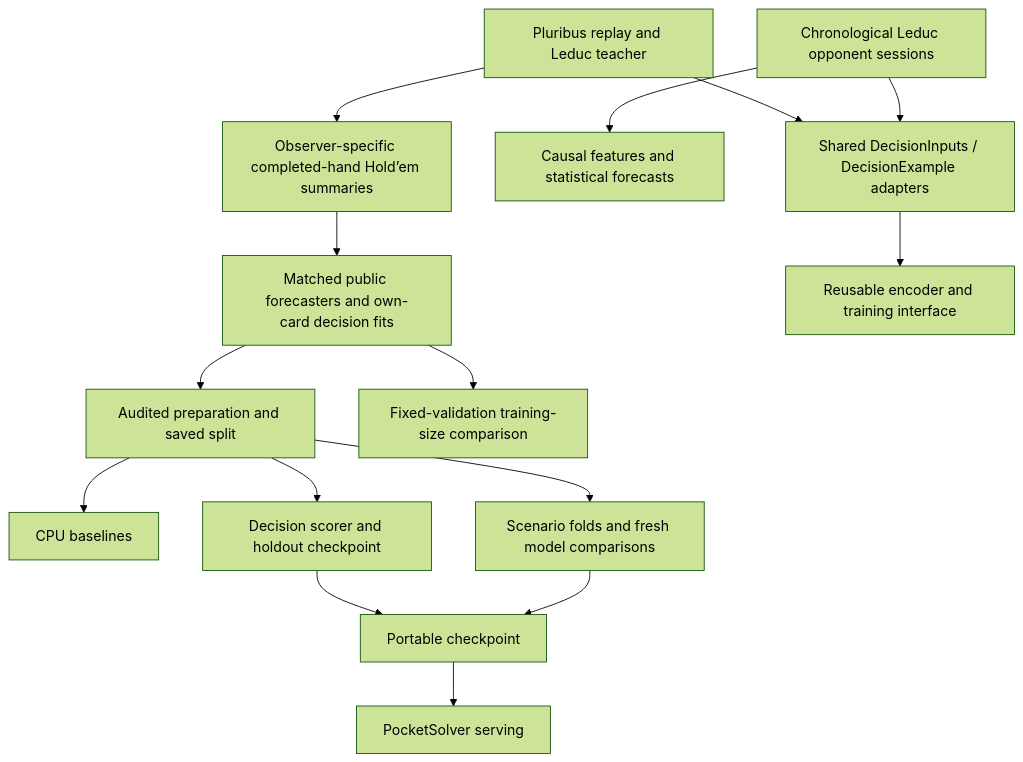
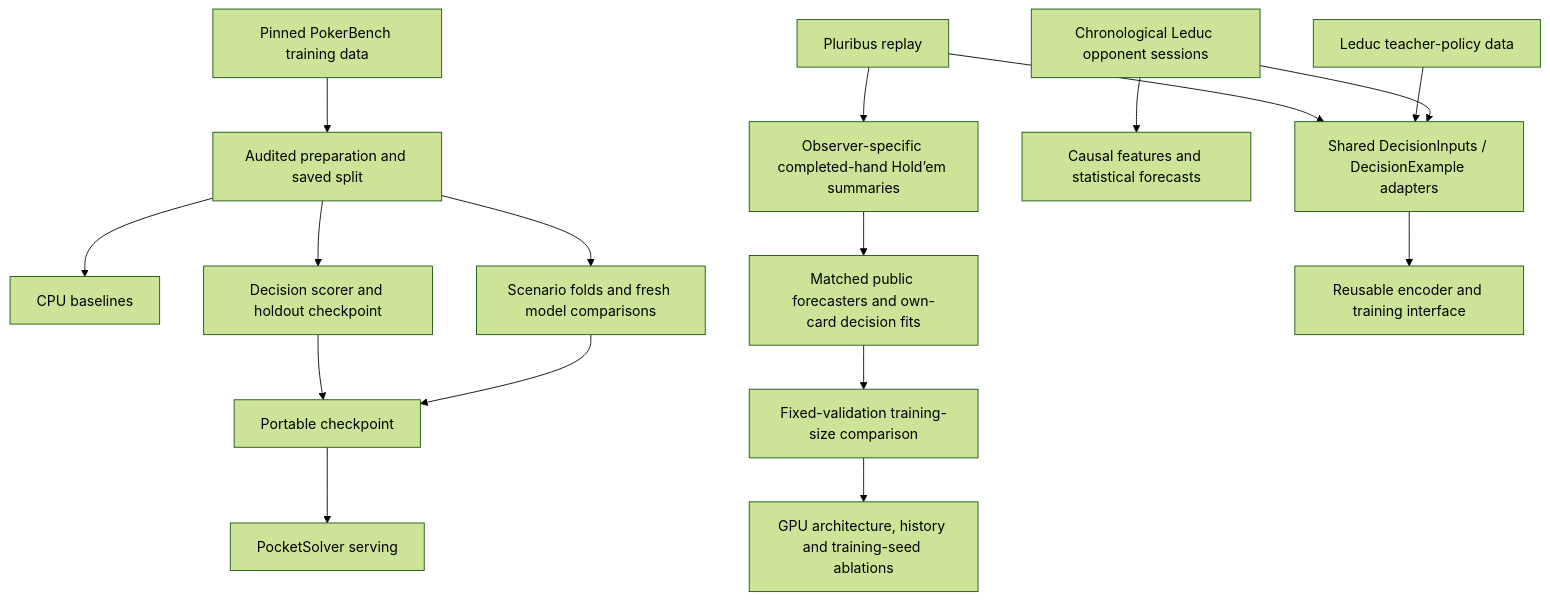
Before and after one commit to nmokey/Poker-Decision-Model: the diagram in docs/architecture.md, drawn with Mermaid (forest theme). The commit also changed other lines of this file and 32 other files, not shown here.

````diff
--- a/docs/architecture.md
+++ b/docs/architecture.md
@@ -8,17 +8,19 @@
 ```mermaid
 flowchart TD
     P[Pinned PokerBench training data] --> D[Audited preparation and saved split]
     D --> B[CPU baselines]
     D --> T[Decision scorer and holdout checkpoint]
     D --> E[Scenario folds and fresh model comparisons]
     T --> C[Portable checkpoint]
     E --> C
     C --> S[PocketSolver serving]
-    A[Pluribus replay and Leduc teacher] --> I[Shared DecisionInputs / DecisionExample adapters]
+    A[Pluribus replay] --> I[Shared DecisionInputs / DecisionExample adapters]
+    L[Leduc teacher-policy data] --> I
     H[Chronological Leduc opponent sessions] --> F[Causal features and statistical forecasts]
     H --> I
     A --> O[Observer-specific completed-hand Hold’em summaries]
-    O --> P[Matched public forecasters and own-card decision fits]
-    P --> V[Fixed-validation training-size comparison]
+    O --> M[Matched public forecasters and own-card decision fits]
+    M --> V[Fixed-validation training-size comparison]
+    V --> G[GPU architecture, history and training-seed ablations]
     I --> R[Reusable encoder and training interface]
 ```
````
